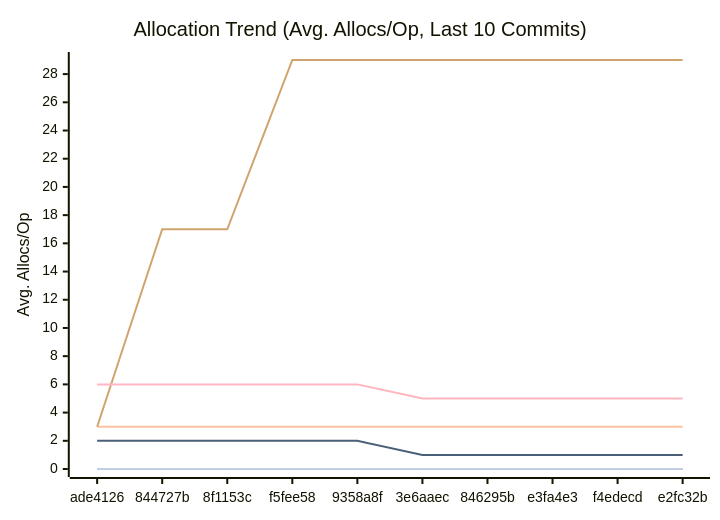
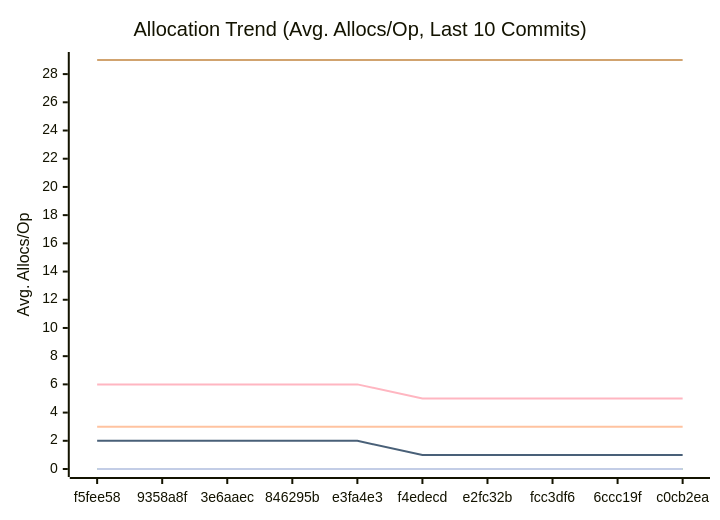
One commit to alsotoes/momo changed the third of 3 diagrams in docs/PERFORMANCE.md. Above: the diagram before and after it, drawn with Mermaid. The commit also changed other lines of this file and 5 other files, not shown here.

````diff
--- a/docs/PERFORMANCE.md
+++ b/docs/PERFORMANCE.md
@@ -114,16 +114,16 @@
 ```mermaid
 xychart-beta
     title "Allocation Trend (Avg. Allocs/Op, Last 10 Commits)"
     x-axis "Commit"
     y-axis "Avg. Allocs/Op"
-    x-axis [ade4126,844727b,8f1153c,f5fee58,9358a8f,3e6aaec,846295b,e3fa4e3,f4edecd,e2fc32b]
+    x-axis [f5fee58,9358a8f,3e6aaec,846295b,e3fa4e3,f4edecd,e2fc32b,fcc3df6,6ccc19f,c0cb2ea]
     line "CheckMetricsAndSwap" [0,0,0,0,0,0,0,0,0,0]
     line "CrushOptimized" [0,0,0,0,0,0,0,0,0,0]
     line "CrushOriginal" [3,3,3,3,3,3,3,3,3,3]
     line "IndexDirectTracking" [0,0,0,0,0,0,0,0,0,0]
     line "IndexSearch" [0,0,0,0,0,0,0,0,0,0]
-    line "LoadGlobalConfig" [3,17,17,29,29,29,29,29,29,29]
+    line "LoadGlobalConfig" [29,29,29,29,29,29,29,29,29,29]
     line "PadString" [0,0,0,0,0,0,0,0,0,0]
     line "ParseReplicationOrder_NoPrealloc" [6,6,6,6,6,5,5,5,5,5]
     line "ParseReplicationOrder_Prealloc" [2,2,2,2,2,1,1,1,1,1]
 ```
````
